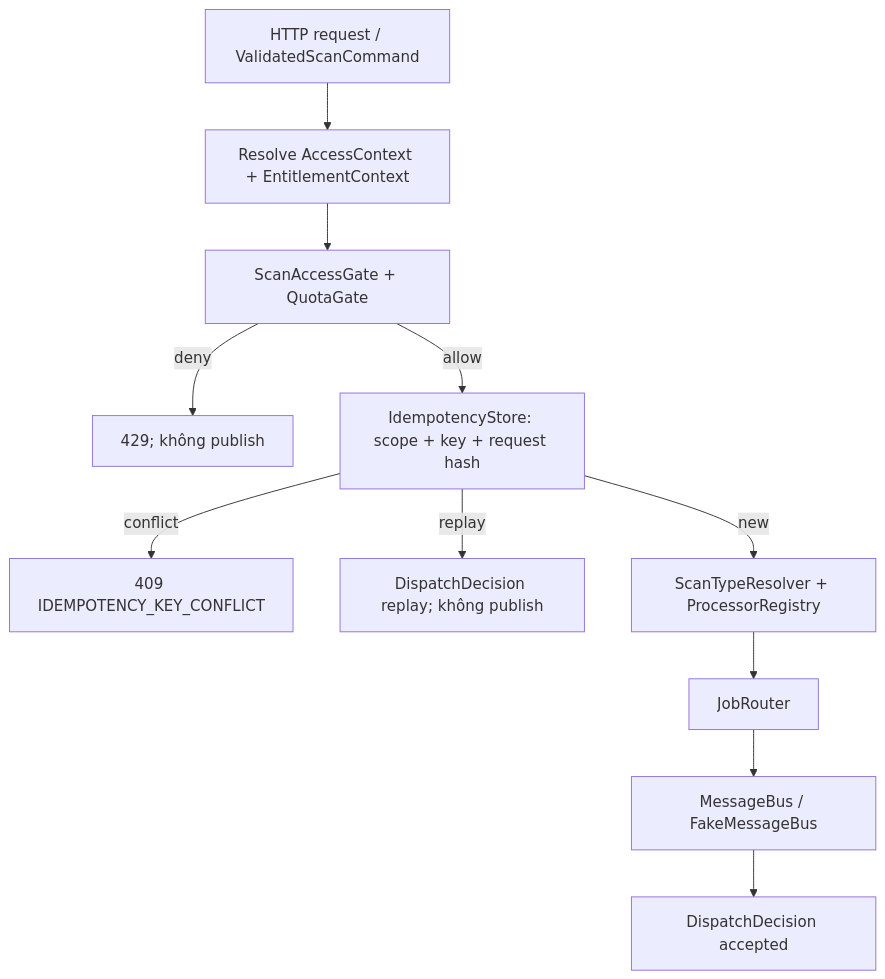
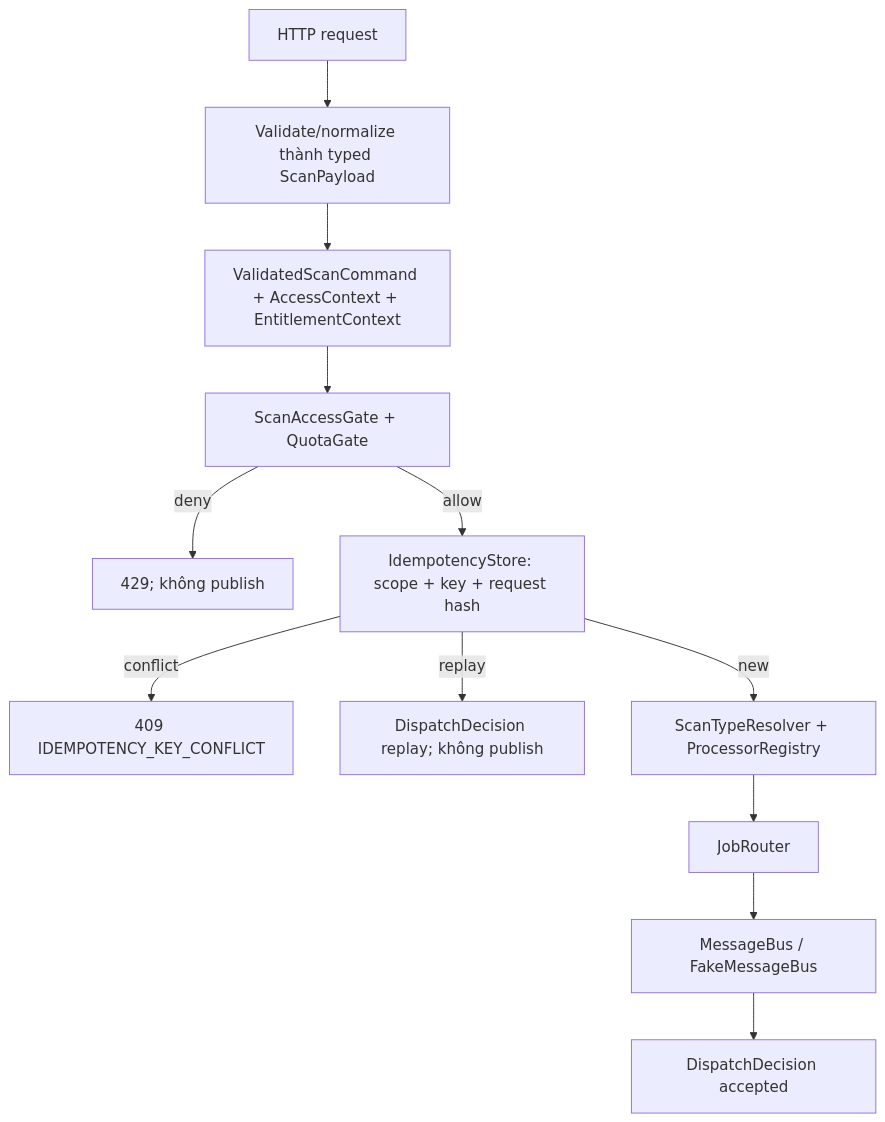
Before and after one commit to KLTN-2023-HCMSU/document: the diagram in weekly-reports/Week9/kien/BCTN_I-MVP01_Scan_Entity_Risk_Contracts_Kien.md, drawn with Mermaid. The commit also changed other lines of this file and 3 other files, not shown here.

````diff
--- a/weekly-reports/Week9/kien/BCTN_I-MVP01_Scan_Entity_Risk_Contracts_Kien.md
+++ b/weekly-reports/Week9/kien/BCTN_I-MVP01_Scan_Entity_Risk_Contracts_Kien.md
@@ -105,13 +106,14 @@
 ```mermaid
 flowchart TD
-    A[HTTP request / ValidatedScanCommand] --> B[Resolve AccessContext + EntitlementContext]
+    A[HTTP request] --> A1[Validate/normalize thành typed ScanPayload]
+    A1 --> B[ValidatedScanCommand + AccessContext + EntitlementContext]
     B --> C[ScanAccessGate + QuotaGate]
     C -->|deny| D[429; không publish]
     C -->|allow| E[IdempotencyStore: scope + key + request hash]
     E -->|conflict| F[409 IDEMPOTENCY_KEY_CONFLICT]
     E -->|replay| G[DispatchDecision replay; không publish]
     E -->|new| H[ScanTypeResolver + ProcessorRegistry]
     H --> I[JobRouter]
     I --> J[MessageBus / FakeMessageBus]
     J --> K[DispatchDecision accepted]
 ```
````
